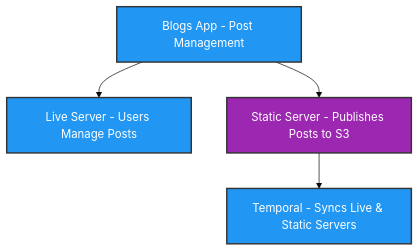
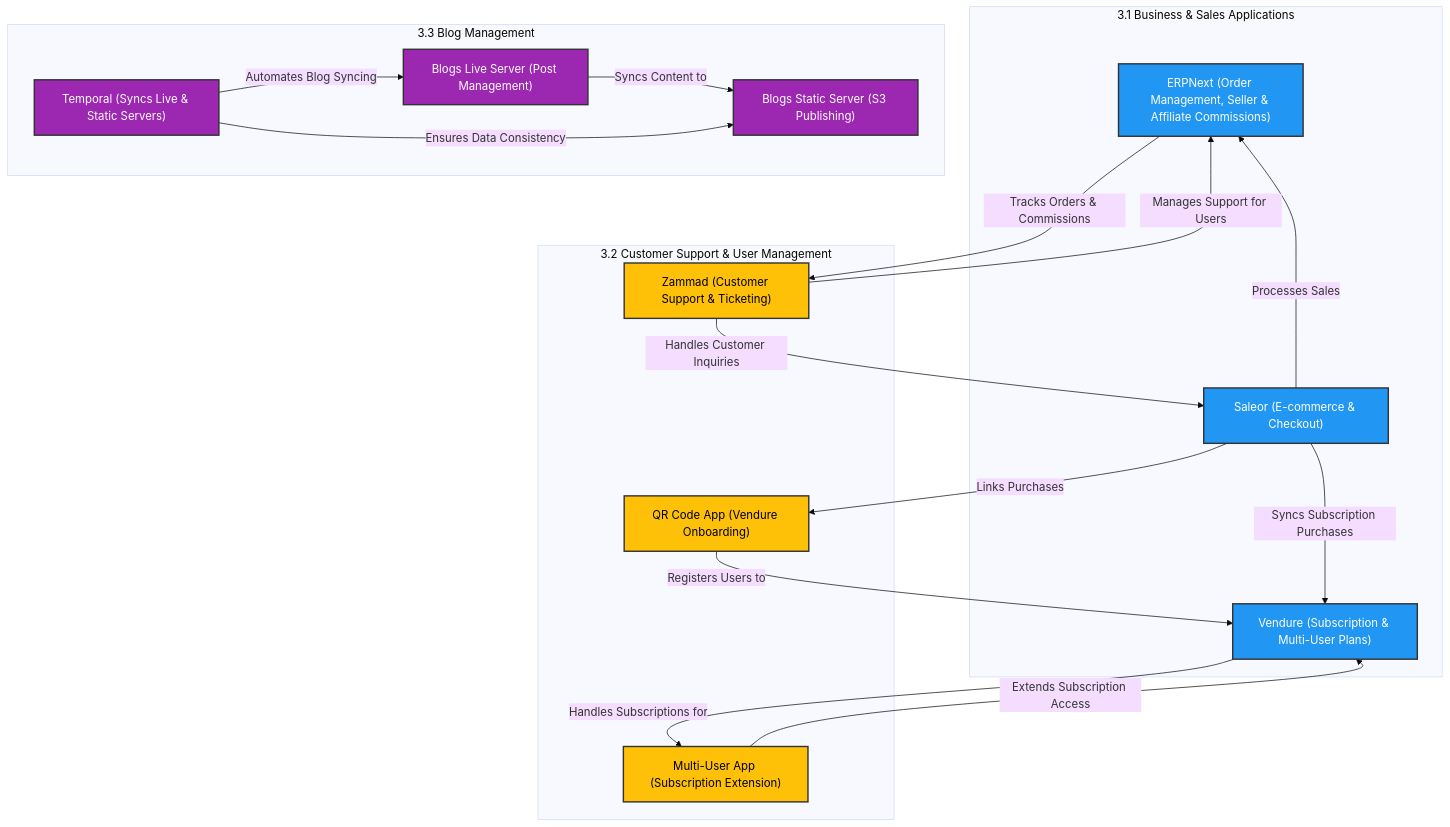
Before and after one commit to LuigiClemente/workflow: the third of 10 diagrams in README.md, drawn with Mermaid (base theme). The commit also changed other lines of this file, not shown here.

````diff
--- a/README.md
+++ b/README.md
@@ -73,18 +120,47 @@
 ```mermaid
 flowchart TD
     %% Define Colors
-    classDef processStyle fill:#2196F3,stroke:#333,stroke-width:2px,color:#fff;
-    classDef storageStyle fill:#9C27B0,stroke:#333,stroke-width:2px,color:#fff;
+    classDef businessStyle fill:#2196F3,stroke:#333,stroke-width:2px,color:#fff;
+    classDef supportStyle fill:#FFC107,stroke:#333,stroke-width:2px,color:#000;
+    classDef blogStyle fill:#9C27B0,stroke:#333,stroke-width:2px,color:#fff;
 
-    %% Blog Applications
-    blogsApp["Blogs App - Post Management"]
-    class blogsApp processStyle
+    %% Business & Sales Applications
+    subgraph Business_&_Sales["3.1 Business & Sales Applications"]
+        ERPNext["ERPNext (Order Management, Seller & Affiliate Commissions)"]:::businessStyle
+        Saleor["Saleor (E-commerce & Checkout)"]:::businessStyle
+        Vendure["Vendure (Subscription & Multi-User Plans)"]:::businessStyle
+    end
 
-    blogsApp --> liveServer["Live Server - Users Manage Posts"]
-    blogsApp --> staticServer["Static Server - Publishes Posts to S3"]
-    staticServer --> temporalSync["Temporal - Syncs Live & Static Servers"]
-    class liveServer processStyle
-    class staticServer storageStyle
-    class temporalSync processStyle
+    %% Customer Support & User Management
+    subgraph Support_&_User_Management["3.2 Customer Support & User Management"]
+        Zammad["Zammad (Customer Support & Ticketing)"]:::supportStyle
+        QRCodeApp["QR Code App (Vendure Onboarding)"]:::supportStyle
+        MultiUserApp["Multi-User App (Subscription Extension)"]:::supportStyle
+    end
+
+    %% Blog Management
+    subgraph Blog_Management["3.3 Blog Management"]
+        BlogsLive["Blogs Live Server (Post Management)"]:::blogStyle
+        BlogsStatic["Blogs Static Server (S3 Publishing)"]:::blogStyle
+        Temporal["Temporal (Syncs Live & Static Servers)"]:::blogStyle
+    end
+
+    %% Connections
+    Saleor -->|Processes Sales| ERPNext
+    Saleor -->|Syncs Subscription Purchases| Vendure
+    Saleor -->|Links Purchases| QRCodeApp
+
+    QRCodeApp -->|Registers Users to| Vendure
+    Vendure -->|Handles Subscriptions for| MultiUserApp
+    MultiUserApp -->|Extends Subscription Access| Vendure
+
+    ERPNext -->|Tracks Orders & Commissions| Zammad
+    Zammad -->|Manages Support for Users| ERPNext
+    Zammad -->|Handles Customer Inquiries| Saleor
+
+    BlogsLive -->|Syncs Content to| BlogsStatic
+    Temporal -->|Automates Blog Syncing| BlogsLive
+    Temporal -->|Ensures Data Consistency| BlogsStatic
+
 
 ```
````
